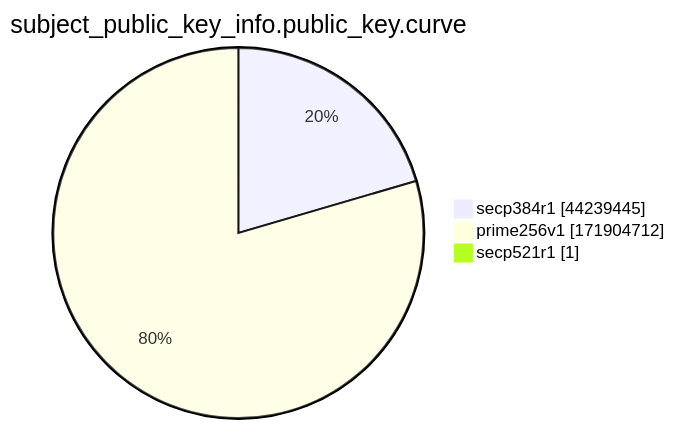
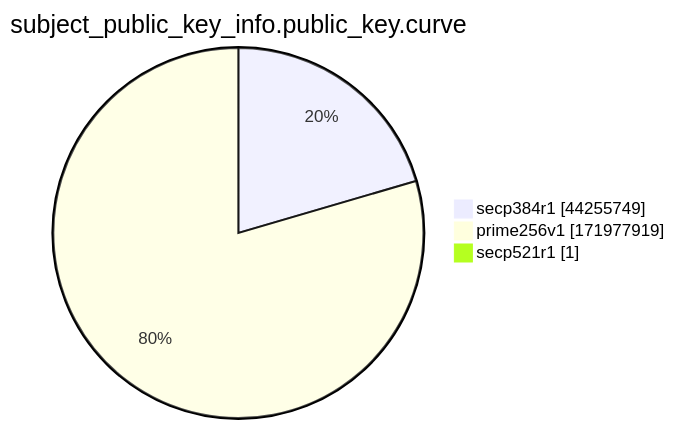
One commit to christiankrug/ctmonitor_visualization changed the ninth of 15 diagrams in xenon2022/README.md. Above: the diagram before and after it, drawn with Mermaid. The commit also changed other lines of this file, not shown here.

````diff
--- a/xenon2022/README.md
+++ b/xenon2022/README.md
@@ -2871,7 +2871,7 @@
 ```mermaid
 pie showData
 title subject_public_key_info.public_key.curve
-"secp384r1" :44239445
-"prime256v1" :171904712
+"secp384r1" :44255749
+"prime256v1" :171977919
 "secp521r1" :1
 ```
````
